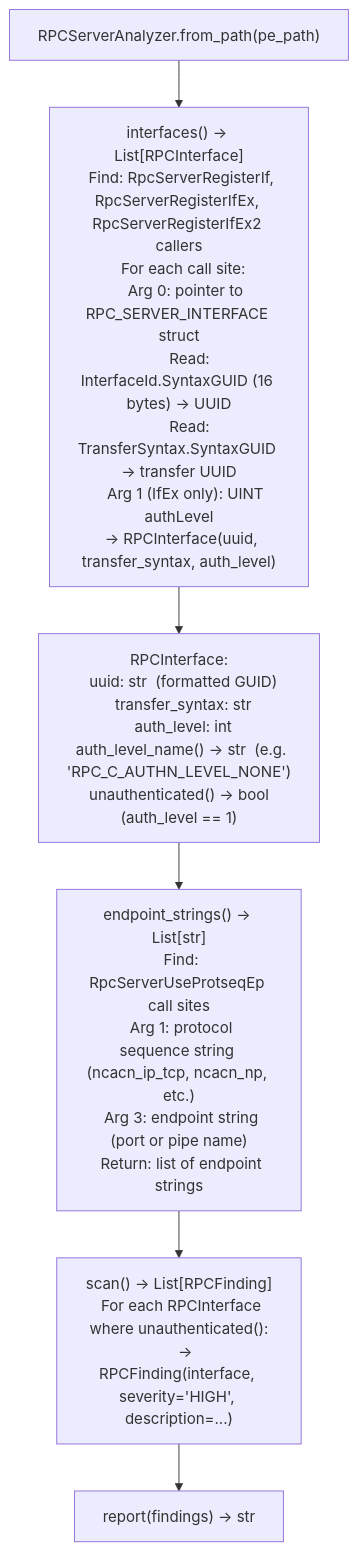
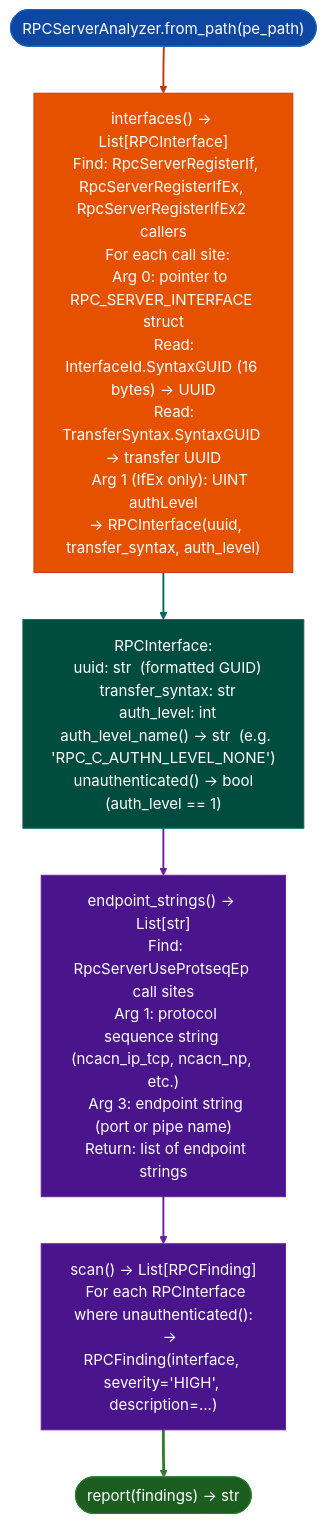
Before and after one commit to Ablation-Tool/ablation: the diagram in docs/reference-modules/rpc-server-analysis.md, drawn with Mermaid. The commit also changed 320 other files, not shown here.

First line of the commit message:
docs: apply canonical Mermaid template to all 321 diagrams

````diff
--- a/docs/reference-modules/rpc-server-analysis.md
+++ b/docs/reference-modules/rpc-server-analysis.md
@@ -19,8 +19,19 @@
 ```mermaid
 flowchart TD
-    A["RPCServerAnalyzer.from_path(pe_path)"] --> B["interfaces() → List[RPCInterface]\n  Find: RpcServerRegisterIf, RpcServerRegisterIfEx, RpcServerRegisterIfEx2 callers\n  For each call site:\n    Arg 0: pointer to RPC_SERVER_INTERFACE struct\n      Read: InterfaceId.SyntaxGUID (16 bytes) → UUID\n      Read: TransferSyntax.SyntaxGUID → transfer UUID\n    Arg 1 (IfEx only): UINT authLevel\n  → RPCInterface(uuid, transfer_syntax, auth_level)"]
-    B --> C["RPCInterface:\n  uuid: str  (formatted GUID)\n  transfer_syntax: str\n  auth_level: int\n  auth_level_name() → str  (e.g. 'RPC_C_AUTHN_LEVEL_NONE')\n  unauthenticated() → bool  (auth_level == 1)"]
-    C --> D["endpoint_strings() → List[str]\n  Find: RpcServerUseProtseqEp call sites\n  Arg 1: protocol sequence string (ncacn_ip_tcp, ncacn_np, etc.)\n  Arg 3: endpoint string (port or pipe name)\n  Return: list of endpoint strings"]
-    D --> E["scan() → List[RPCFinding]\n  For each RPCInterface where unauthenticated():\n    → RPCFinding(interface, severity='HIGH', description=...)"]
-    E --> F["report(findings) → str"]
+    A(["RPCServerAnalyzer.from_path(pe_path)"]):::input --> B["interfaces() → List[RPCInterface]\n  Find: RpcServerRegisterIf, RpcServerRegisterIfEx, RpcServerRegisterIfEx2 callers\n  For each call site:\n    Arg 0: pointer to RPC_SERVER_INTERFACE struct\n      Read: InterfaceId.SyntaxGUID (16 bytes) → UUID\n      Read: TransferSyntax.SyntaxGUID → transfer UUID\n    Arg 1 (IfEx only): UINT authLevel\n  → RPCInterface(uuid, transfer_syntax, auth_level)"]:::primary
+    B:::primary --> C["RPCInterface:\n  uuid: str  (formatted GUID)\n  transfer_syntax: str\n  auth_level: int\n  auth_level_name() → str  (e.g. 'RPC_C_AUTHN_LEVEL_NONE')\n  unauthenticated() → bool  (auth_level == 1)"]:::secondary
+    C:::secondary --> D["endpoint_strings() → List[str]\n  Find: RpcServerUseProtseqEp call sites\n  Arg 1: protocol sequence string (ncacn_ip_tcp, ncacn_np, etc.)\n  Arg 3: endpoint string (port or pipe name)\n  Return: list of endpoint strings"]:::tertiary
+    D:::tertiary --> E["scan() → List[RPCFinding]\n  For each RPCInterface where unauthenticated():\n    → RPCFinding(interface, severity='HIGH', description=...)"]:::tertiary
+    E:::tertiary --> F(["report(findings) → str"]):::output
+    classDef input     fill:#0d47a1,stroke:#1565c0,color:#fff
+    classDef primary   fill:#e65100,stroke:#bf360c,color:#fff
+    classDef secondary fill:#004d40,stroke:#00695c,color:#fff
+    classDef tertiary  fill:#4a148c,stroke:#6a1b9a,color:#fff
+    classDef neutral   fill:#37474f,stroke:#546e7a,color:#fff
+    classDef output    fill:#1b5e20,stroke:#2e7d32,color:#fff
+    linkStyle 0 stroke:#bf360c,stroke-width:2px
+    linkStyle 1 stroke:#00695c,stroke-width:2px
+    linkStyle 2 stroke:#6a1b9a,stroke-width:2px
+    linkStyle 3 stroke:#6a1b9a,stroke-width:2px
+    linkStyle 4 stroke:#2e7d32,stroke-width:3px
 ```
````
